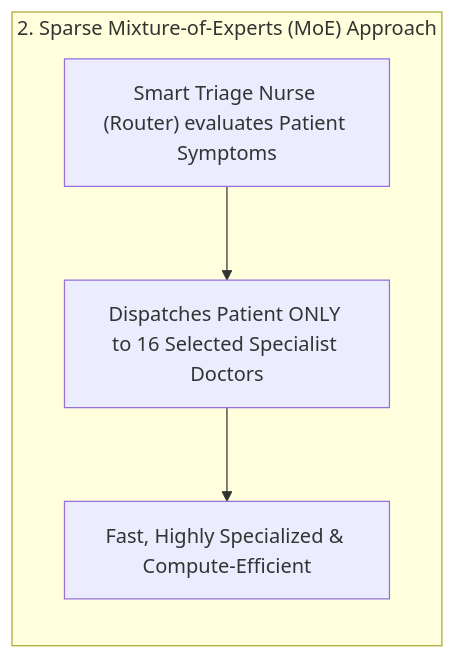
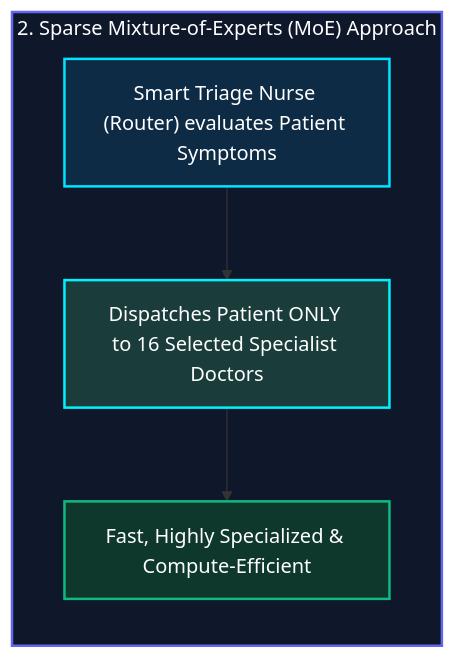
The second of 3 diagrams in contents/blog/0067-understanding-mixture-of-experts-moe/index.md (narenandu/narenvadapalli_dot_com), drawn with Mermaid before and after one commit. The commit also changed other lines of this file, not shown here.

Commit message:
style: add rich dark-mode fill colors to Mermaid diagrams and collapse Python script in MoE post

````diff
--- a/contents/blog/0067-understanding-mixture-of-experts-moe/index.md
+++ b/contents/blog/0067-understanding-mixture-of-experts-moe/index.md
@@ -53,8 +57,13 @@
 ```mermaid
 flowchart TD
     subgraph MoEApproach["2. Sparse Mixture-of-Experts (MoE) Approach"]
         direction TB
         M1["Smart Triage Nurse (Router) evaluates Patient Symptoms"] --> M2["Dispatches Patient ONLY to 16 Selected Specialist Doctors"]
         M2 --> M3["Fast, Highly Specialized & Compute-Efficient"]
     end
+
+    style MoEApproach fill:#0f172a,stroke:#6366f1,stroke-width:2px,color:#ffffff;
+    style M1 fill:#0d2b45,stroke:#00e5ff,stroke-width:2px,color:#ffffff;
+    style M2 fill:#1a3d3c,stroke:#00f2fe,stroke-width:2px,color:#ffffff;
+    style M3 fill:#0f382c,stroke:#10b981,stroke-width:2px,color:#ffffff;
 ```
````
